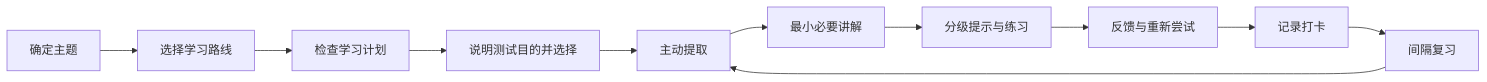
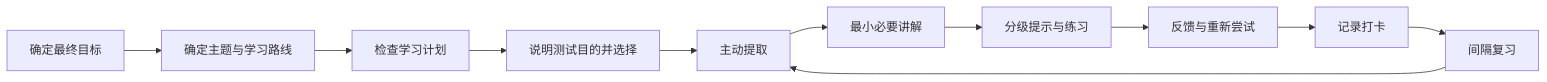
Before and after one commit to abram1a/nanami: the diagram in README.md, drawn with Mermaid. The commit also changed other lines of this file and 1 other file, not shown here.

````diff
--- a/README.md
+++ b/README.md
@@ -113,13 +129,13 @@
 ```mermaid
 flowchart LR
-    A[确定主题] --> B[选择学习路线]
+    A[确定最终目标] --> B[确定主题与学习路线]
     B --> C[检查学习计划]
     C --> X[说明测试目的并选择]
     X --> D[主动提取]
     D --> E[最小必要讲解]
     E --> F[分级提示与练习]
     F --> G[反馈与重新尝试]
     G --> H[记录打卡]
     H --> I[间隔复习]
     I --> D
 ```
````
